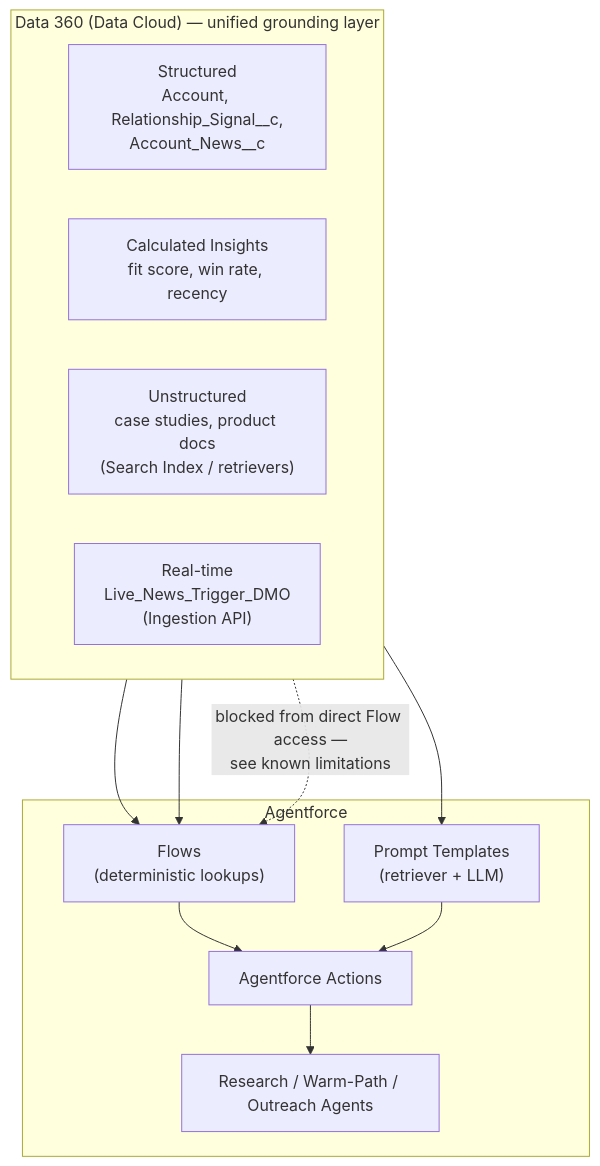
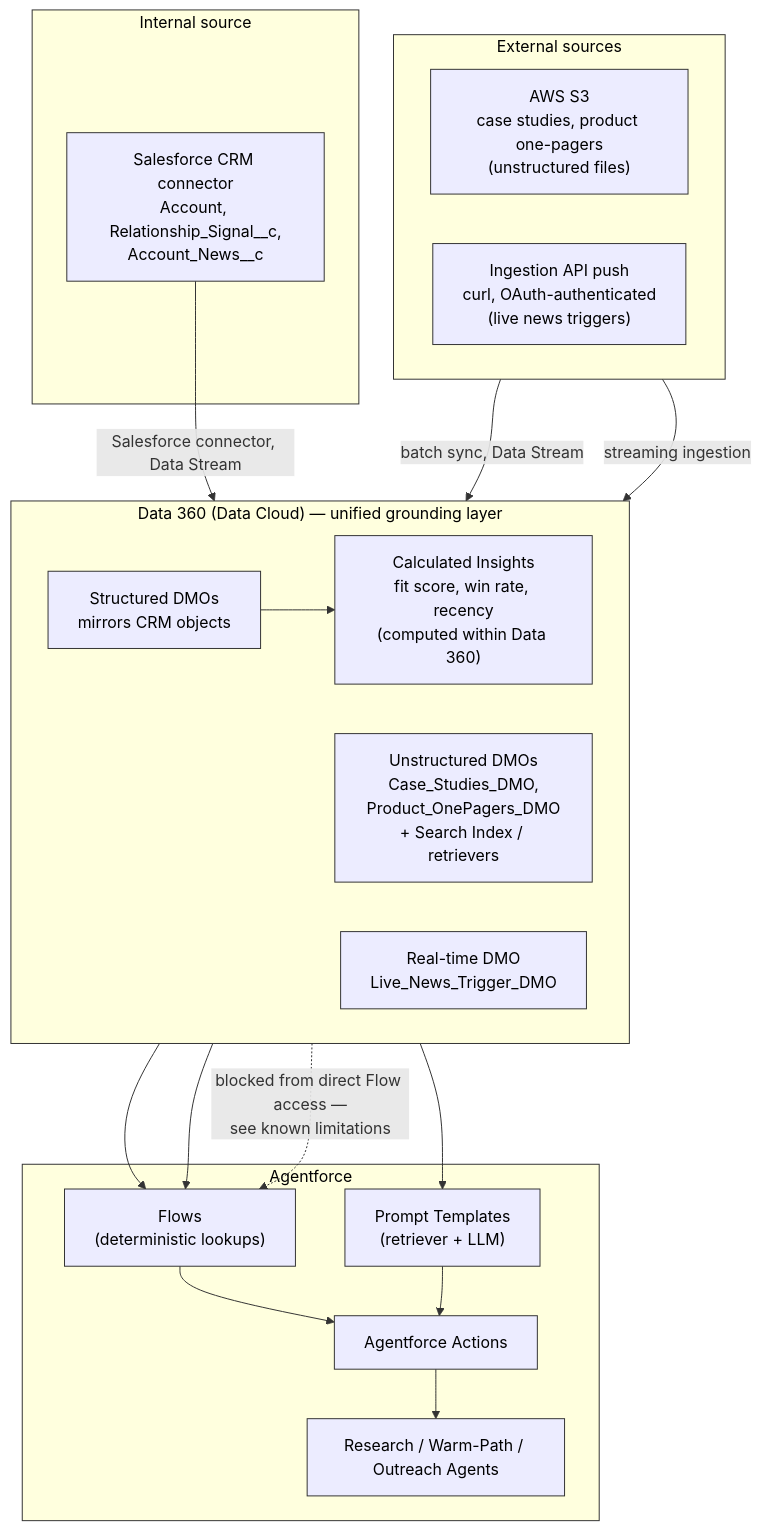
The second of 2 diagrams in README.md (prashantatrimicrosoft/sales-lead-engagement-agent), drawn with Mermaid before and after one commit. The commit also changed other lines of this file, not shown here.

Commit message:
Updating readme with architecture diagrams

````diff
--- a/README.md
+++ b/README.md
@@ -75,26 +77,47 @@
 ```mermaid
 flowchart TB
+    subgraph ExtSrc["External sources"]
+        direction LR
+        S3["AWS S3<br/>case studies, product one-pagers<br/>(unstructured files)"]
+        Push["Ingestion API push<br/>curl, OAuth-authenticated<br/>(live news triggers)"]
+    end
+
+    subgraph IntSrc["Internal source"]
+        CRM["Salesforce CRM connector<br/>Account, Relationship_Signal__c,<br/>Account_News__c"]
+    end
+
     subgraph D360["Data 360 (Data Cloud) — unified grounding layer"]
         direction LR
-        Structured["Structured<br/>Account, Relationship_Signal__c,<br/>Account_News__c"]
-        Insights["Calculated Insights<br/>fit score, win rate, recency"]
-        Unstructured["Unstructured<br/>case studies, product docs<br/>(Search Index / retrievers)"]
-        RealTime["Real-time<br/>Live_News_Trigger_DMO<br/>(Ingestion API)"]
+        Structured["Structured DMOs<br/>mirrors CRM objects"]
+        Insights["Calculated Insights<br/>fit score, win rate, recency<br/>(computed within Data 360)"]
+        Unstructured["Unstructured DMOs<br/>Case_Studies_DMO,<br/>Product_OnePagers_DMO<br/>+ Search Index / retrievers"]
+        RealTime["Real-time DMO<br/>Live_News_Trigger_DMO"]
     end
 
     subgraph AF["Agentforce"]
         Flows["Flows<br/>(deterministic lookups)"]
         Prompts["Prompt Templates<br/>(retriever + LLM)"]
         Actions[Agentforce Actions]
         Agents[Research / Warm-Path / Outreach Agents]
     end
 
+    S3 -->|batch sync, Data Stream| Unstructured
+    Push -->|streaming ingestion| RealTime
+    CRM -->|Salesforce connector, Data Stream| Structured
+    Structured --> Insights
+
     Structured --> Flows
     RealTime --> Flows
     Unstructured --> Prompts
     Insights -.->|"blocked from direct Flow access —<br/>see known limitations"| Flows
 
     Flows --> Actions
     Prompts --> Actions
     Actions --> Agents
+
+    classDef default color:#000000,stroke:#333333
+    style ExtSrc color:#000000,stroke:#333333
+    style IntSrc color:#000000,stroke:#333333
+    style D360 color:#000000,stroke:#333333
+    style AF color:#000000,stroke:#333333
 ```
````
